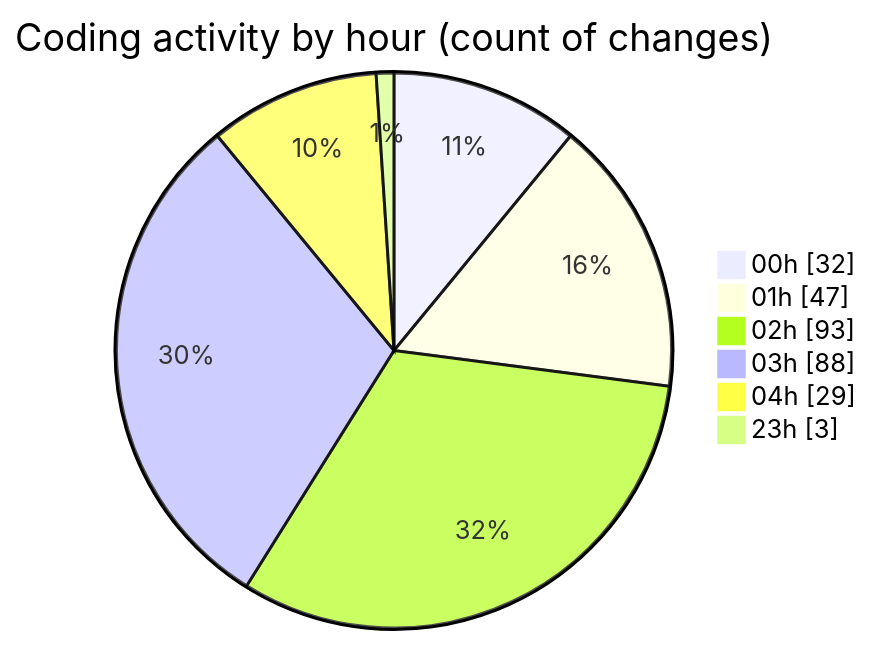
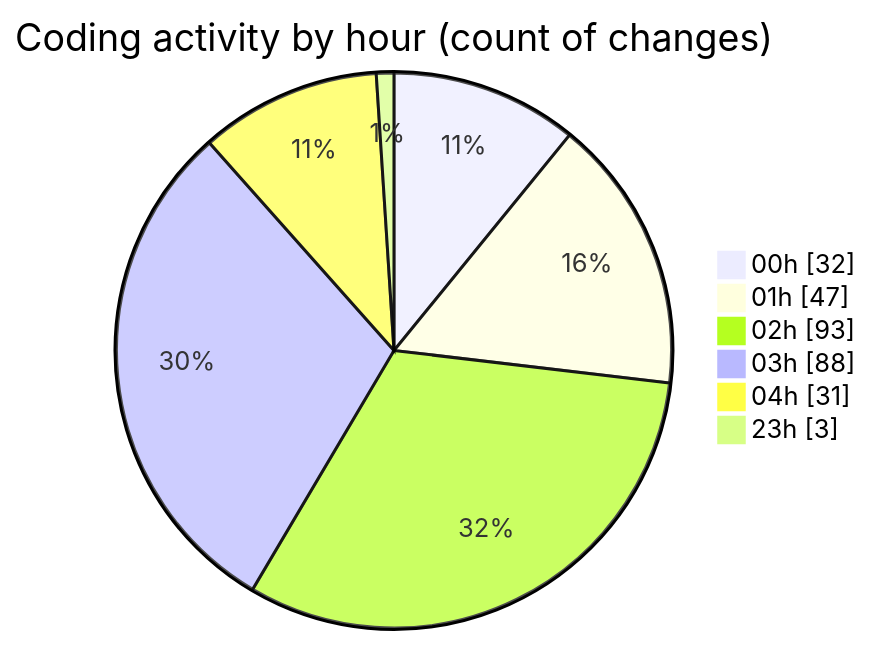
The second of 2 diagrams in 2025-07-28/quanlyrapchieuphim-1/README.md (lephambinh05/code-tracking), drawn with Mermaid before and after one commit. The commit also changed other lines of this file and 1 other file, not shown here.

````diff
--- a/2025-07-28/quanlyrapchieuphim-1/README.md
+++ b/2025-07-28/quanlyrapchieuphim-1/README.md
@@ -69,10 +70,10 @@
 ```mermaid
 pie showData
 title Coding activity by hour (count of changes)
 "00h" : 32
 "01h" : 47
 "02h" : 93
 "03h" : 88
-"04h" : 29
+"04h" : 31
 "23h" : 3
 ```
````
